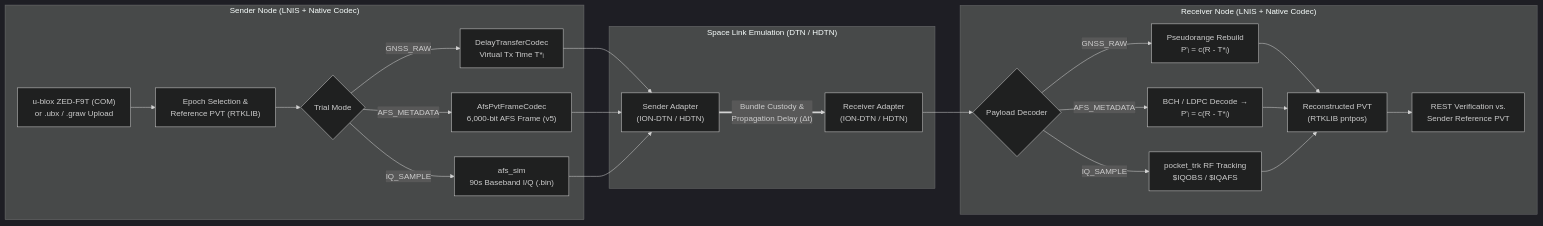
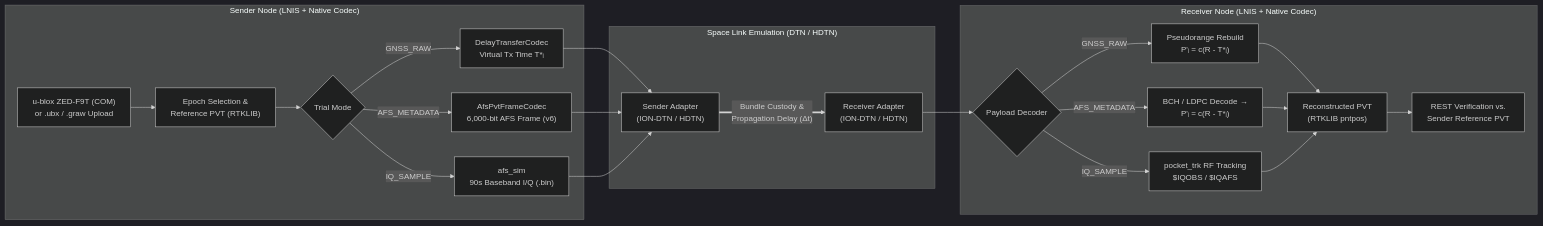
Before and after one commit to kjsu1994/imt-lnis: the diagram in README.md, drawn with Mermaid (dark theme). The commit also changed other lines of this file and 55 other files, not shown here.

````diff
--- a/README.md
+++ b/README.md
@@ -57,24 +57,24 @@
 ```mermaid
 flowchart LR
   subgraph Sender["Sender Node (LNIS + Native Codec)"]
     A["u-blox ZED-F9T (COM)<br/>or .ubx / .graw Upload"] --> B["Epoch Selection &<br/>Reference PVT (RTKLIB)"]
     B --> C{"Trial Mode"}
     C -->|GNSS_RAW| D1["DelayTransferCodec<br/>Virtual Tx Time T*ᵢ"]
-    C -->|AFS_METADATA| D2["AfsPvtFrameCodec<br/>6,000-bit AFS Frame (v5)"]
+    C -->|AFS_METADATA| D2["AfsPvtFrameCodec<br/>6,000-bit AFS Frame (v6)"]
     C -->|IQ_SAMPLE| D3["afs_sim<br/>90s Baseband I/Q (.bin)"]
   end
 
   subgraph Network["Space Link Emulation (DTN / HDTN)"]
     D1 & D2 & D3 --> E["Sender Adapter<br/>(ION-DTN / HDTN)"]
     E ==>|"Bundle Custody &<br/>Propagation Delay (Δt)"| F["Receiver Adapter<br/>(ION-DTN / HDTN)"]
   end
 
   subgraph Receiver["Receiver Node (LNIS + Native Codec)"]
     F --> G{"Payload Decoder"}
     G -->|GNSS_RAW| H1["Pseudorange Rebuild<br/>P'ᵢ = c(R - T*ᵢ)"]
     G -->|AFS_METADATA| H2["BCH / LDPC Decode →<br/>P'ᵢ = c(R - T*ᵢ)"]
     G -->|IQ_SAMPLE| H3["pocket_trk RF Tracking<br/>$IQOBS / $IQAFS"]
     H1 & H2 & H3 --> I["Reconstructed PVT<br/>(RTKLIB pntpos)"]
     I --> J["REST Verification vs.<br/>Sender Reference PVT"]
   end
 ```
````
